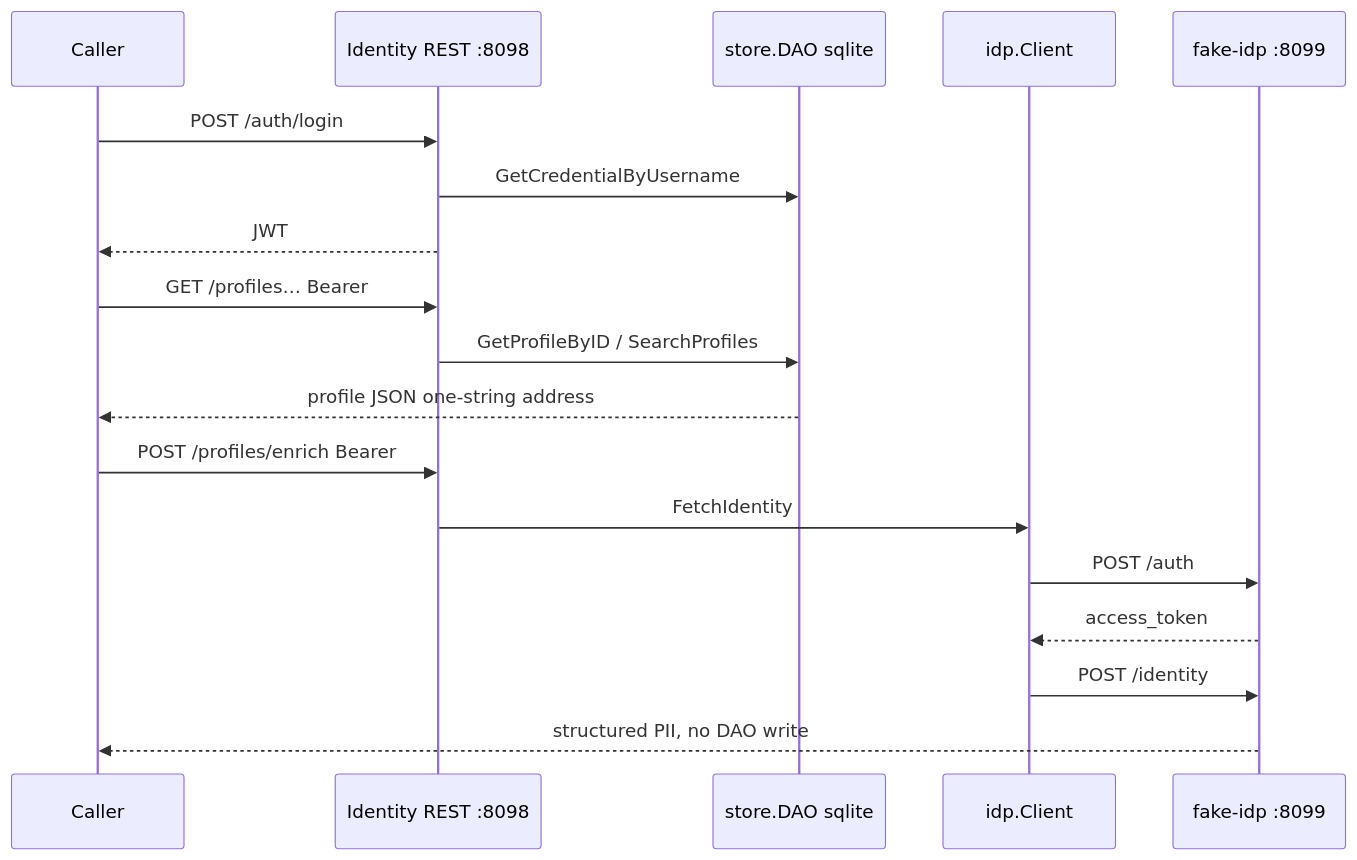
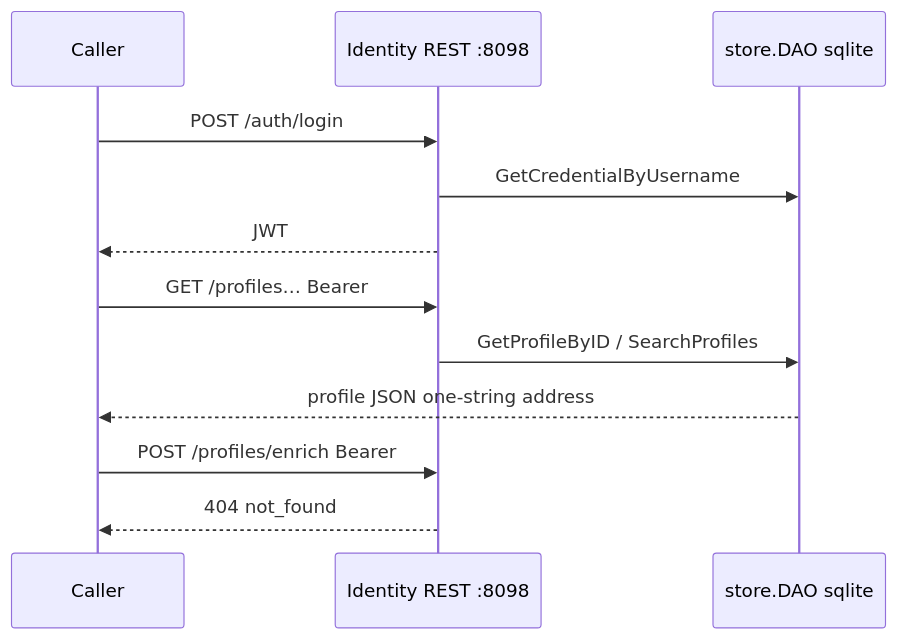
One commit to svanegmond/identity-oct-6 changed the diagram in project/demos/ENG-561-validating-walk.md. Above: the diagram before and after it, drawn with Mermaid. The commit also changed other lines of this file and 1 other file, not shown here.

````diff
--- a/project/demos/ENG-561-validating-walk.md
+++ b/project/demos/ENG-561-validating-walk.md
@@ -228,20 +219,14 @@
 ```mermaid
 sequenceDiagram
   participant C as Caller
   participant API as Identity REST :8098
   participant DAO as store.DAO sqlite
-  participant IdP as idp.Client
-  participant V as fake-idp :8099
   C->>API: POST /auth/login
   API->>DAO: GetCredentialByUsername
   API-->>C: JWT
   C->>API: GET /profiles… Bearer
   API->>DAO: GetProfileByID / SearchProfiles
   DAO-->>C: profile JSON one-string address
   C->>API: POST /profiles/enrich Bearer
-  API->>IdP: FetchIdentity
-  IdP->>V: POST /auth
-  V-->>IdP: access_token
-  IdP->>V: POST /identity
-  V-->>C: structured PII, no DAO write
+  API-->>C: 404 not_found
 ```
````
